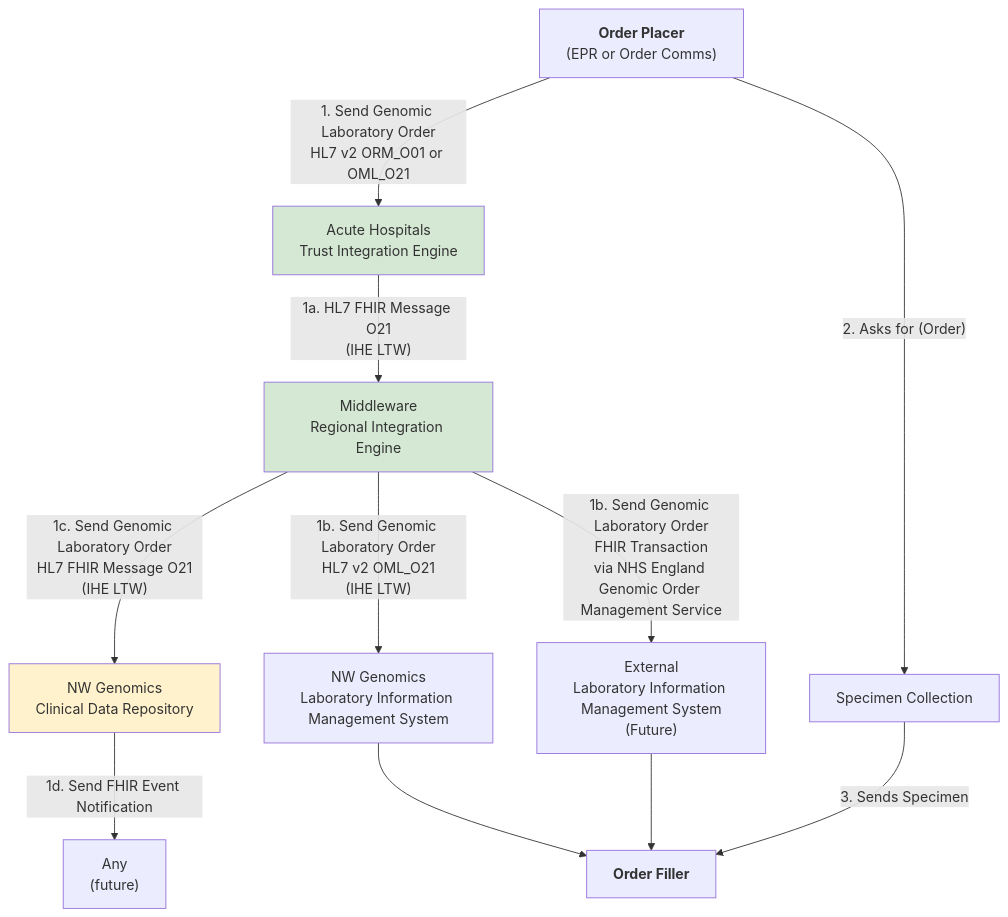
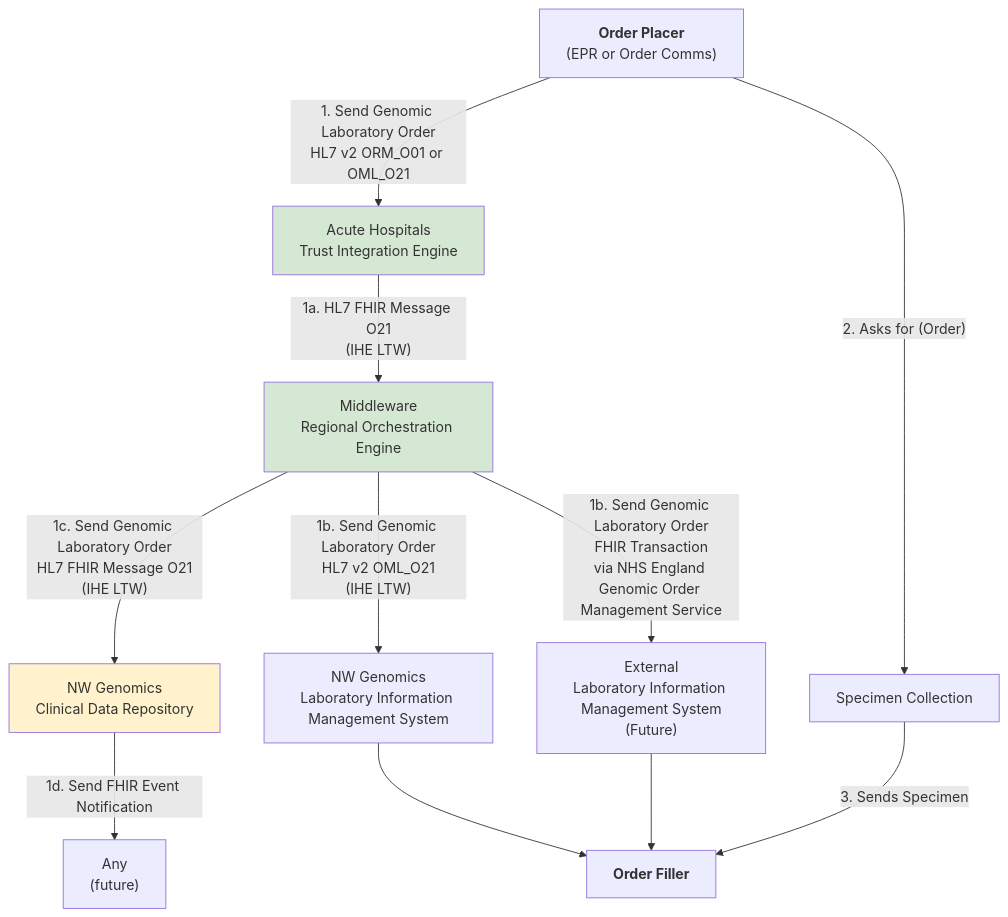
Before and after one commit to uk-gov-mirror/nw-gmsa.nw-gmsa.github.com: the first of 3 diagrams in input/pagecontent/LTW.md, drawn with Mermaid. The commit also changed other lines of this file and 55 other files, not shown here.

````diff
--- a/input/pagecontent/LTW.md
+++ b/input/pagecontent/LTW.md
@@ -64,19 +64,19 @@
 ```mermaid
 graph TD;
     OrderPlacer["<b>Order Placer</b><br/>(EPR or Order Comms)"] --> |1. Send Genomic Laboratory Order<br/>HL7 v2 ORM_O01 or OML_O21| OR[Acute Hospitals<br/>Trust Integration Engine]
        OrderPlacer --> |"2. Asks for (Order)"| SpecimenCollection
     SpecimenCollection[Specimen Collection] --> |3. Sends Specimen| OrderFiller
-    OR --> |"1a. HL7 FHIR Message O21<br/>(IHE LTW)"| RIE[Middleware<br/>Regional Integration Engine] 
+    OR --> |"1a. HL7 FHIR Message O21<br/>(IHE LTW)"| RIE[Middleware<br/>Regional Orchestration Engine] 
     RIE --> |"1c. Send Genomic Laboratory Order<br/>HL7 FHIR Message O21<br/>(IHE LTW)"| CDR[NW Genomics<br/>Clinical Data Repository]
     CDR --> |1d. Send FHIR Event Notification| Any["Any <br/>(future)"]
     RIE --> |"1b. Send Genomic Laboratory Order<br/>HL7 v2 OML_O21<br/>(IHE LTW)"| EHRTIE[NW Genomics<br/>Laboratory Information Management System] 
     RIE --> |"1b. Send Genomic Laboratory Order<br/>FHIR Transaction<br/>via NHS England Genomic Order Management Service"| GOMS["External<br/>Laboratory Information Management System<br/>(Future)"] 
     EHRTIE --> OrderFiller[<b>Order Filler</b>]
     GOMS --> OrderFiller
 
     classDef green fill:#D5E8D4;
     classDef yellow fill:#FFF2CC;
     class RIE green;
     class OR green;
     class CDR yellow;
 ```
````
